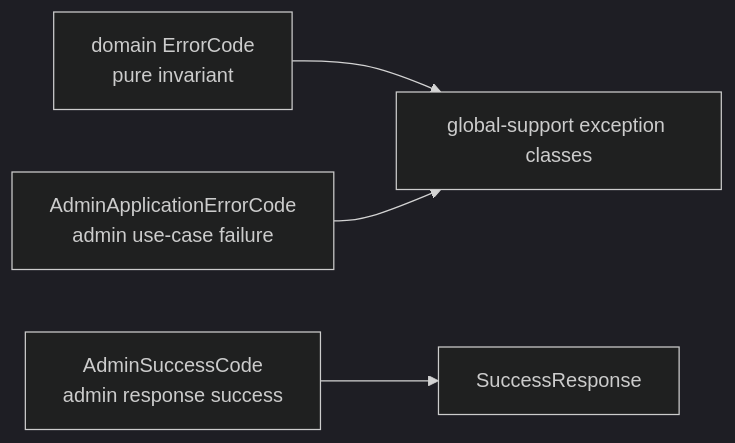
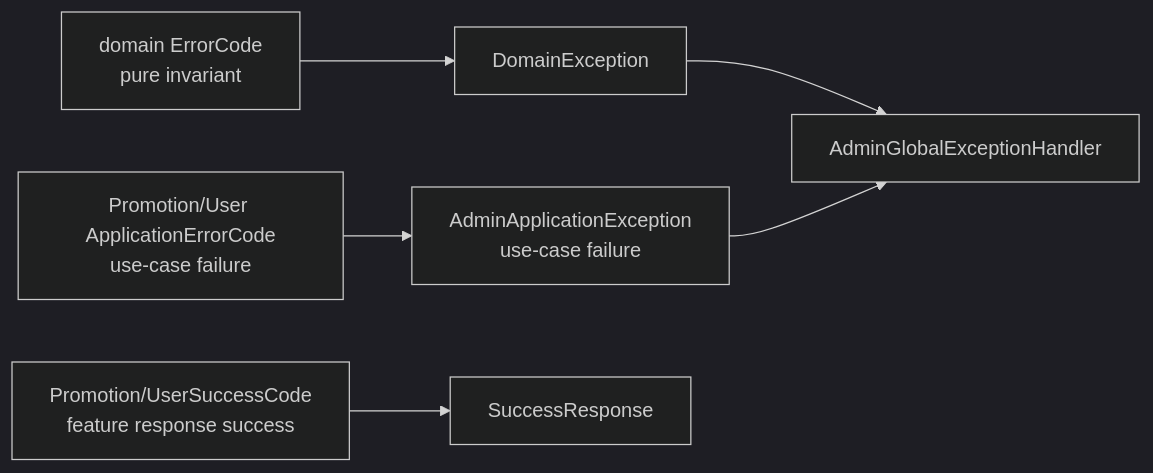
The sixth of 6 diagrams in admin/README.md (TEAM-BEAT/BEAT-SERVER), drawn with Mermaid (dark theme) before and after one commit. The commit also changed other lines of this file and 612 other files, not shown here.

First line of the commit message:
refactor: domain 패키지 재편 및 apis/admin DTO 정적 팩토리 통일 (#551)

````diff
--- a/admin/README.md
+++ b/admin/README.md
@@ -417,11 +443,13 @@
 ```mermaid
 flowchart LR
     DomainError[domain ErrorCode<br/>pure invariant]
-    AdminError[AdminApplicationErrorCode<br/>admin use-case failure]
-    AdminSuccess[AdminSuccessCode<br/>admin response success]
-    Exception[global-support exception classes]
+    FeatureError[Promotion/User ApplicationErrorCode<br/>use-case failure]
+    FeatureSuccess[Promotion/UserSuccessCode<br/>feature response success]
+    DomainException[DomainException]
+    Handler[AdminGlobalExceptionHandler]
+    AdminException[AdminApplicationException<br/>use-case failure]
 
-    DomainError --> Exception
-    AdminError --> Exception
-    AdminSuccess --> Response[SuccessResponse]
+    DomainError --> DomainException --> Handler
+    FeatureError --> AdminException --> Handler
+    FeatureSuccess --> Response[SuccessResponse]
 ```
````
